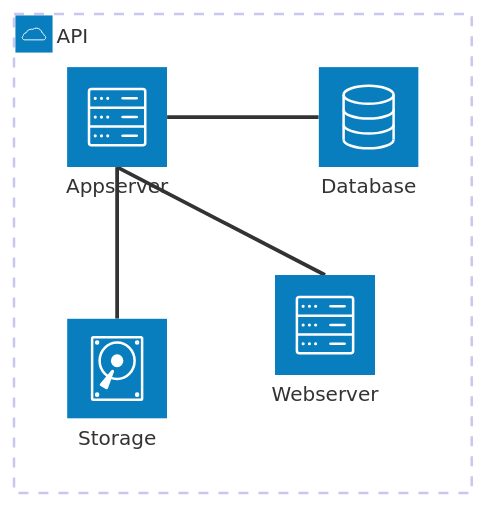
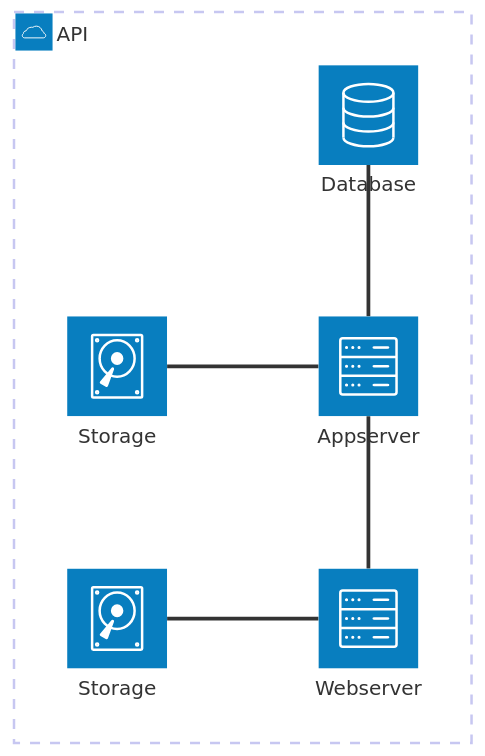
One commit to Zheng-Bote/qt_files_photo-gallery changed the third of 5 diagrams in README.md. Above: the diagram before and after it, drawn with Mermaid. The commit also changed other lines of this file, not shown here.

Commit message:
upd: docu and Mermaid

````diff
--- a/README.md
+++ b/README.md
@@ -340,13 +357,16 @@
 ```mermaid
 architecture-beta
     group api(cloud)[API]
 
+    service server1(server)[Webserver] in api
+    service server2(server)[Appserver] in api
     service db(database)[Database] in api
-    service server0(server)[Webserver] in api
+    service disk1(disk)[Storage] in api
     service disk2(disk)[Storage] in api
-    service server(server)[Appserver] in api
 
-    db:L -- R:server
-    server0:T -- B:server
-    disk2:T -- B:server
+
+    server1:L -- R:disk1
+    server1:T -- B:server2
+    server2:L -- R:disk2
+    server2:T -- B:db
 ```
````
